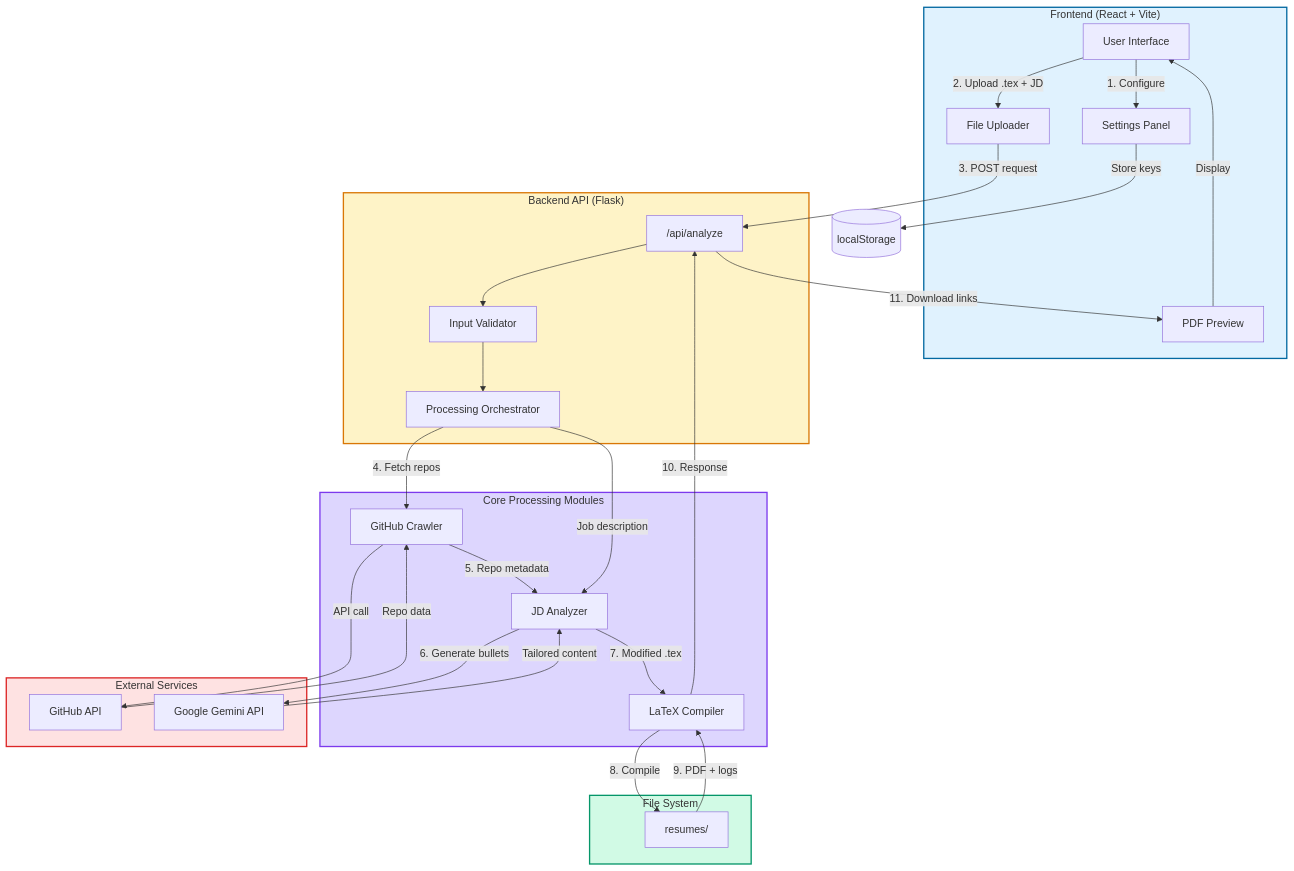
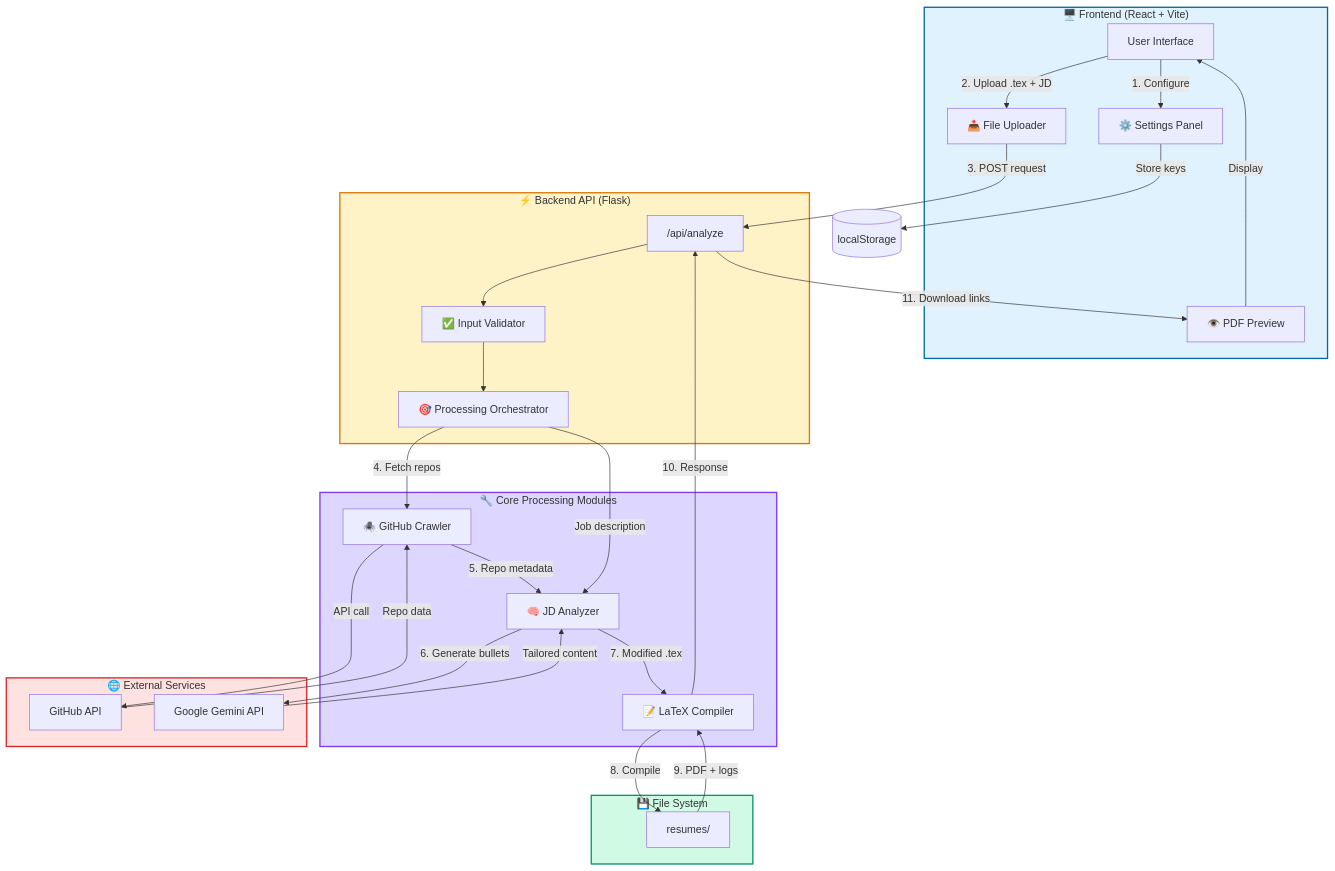
One commit to Im-diablo/Morphr changed the diagram in README.md. Above: the diagram before and after it, drawn with Mermaid. The commit also changed other lines of this file, not shown here.

````diff
--- a/README.md
+++ b/README.md
@@ -53,61 +122,61 @@
 ```mermaid
 flowchart TB
-    subgraph Client["Frontend (React + Vite)"]
+    subgraph Client["🖥️ Frontend (React + Vite)"]
         UI[User Interface]
-        Settings[Settings Panel]
-        Upload[File Uploader]
-        Preview[PDF Preview]
+        Settings[⚙️ Settings Panel]
+        Upload[📤 File Uploader]
+        Preview[👁️ PDF Preview]
     end
 
-    subgraph API["Backend API (Flask)"]
+    subgraph API["⚡ Backend API (Flask)"]
         Endpoint["/api/analyze"]
-        Validator[Input Validator]
-        Orchestrator[Processing Orchestrator]
+        Validator[✅ Input Validator]
+        Orchestrator[🎯 Processing Orchestrator]
     end
 
-    subgraph Processing["Core Processing Modules"]
-        Crawler[GitHub Crawler]
-        Analyzer[JD Analyzer]
-        Compiler[LaTeX Compiler]
+    subgraph Processing["🔧 Core Processing Modules"]
+        Crawler[🕷️ GitHub Crawler]
+        Analyzer[🧠 JD Analyzer]
+        Compiler[📝 LaTeX Compiler]
     end
 
-    subgraph External["External Services"]
+    subgraph External["🌐 External Services"]
         GH[GitHub API]
         Gemini[Google Gemini API]
     end
 
-    subgraph Storage["File System"]
+    subgraph Storage["💾 File System"]
         Output[resumes/]
     end
 
     UI -->|1. Configure| Settings
     Settings -->|Store keys| LocalStorage[(localStorage)]
     UI -->|2. Upload .tex + JD| Upload
     Upload -->|3. POST request| Endpoint
     
     Endpoint --> Validator
     Validator --> Orchestrator
     
     Orchestrator -->|4. Fetch repos| Crawler
     Crawler -->|API call| GH
     GH -->|Repo data| Crawler
     
     Crawler -->|5. Repo metadata| Analyzer
     Orchestrator -->|Job description| Analyzer
     Analyzer -->|6. Generate bullets| Gemini
     Gemini -->|Tailored content| Analyzer
     
     Analyzer -->|7. Modified .tex| Compiler
     Compiler -->|8. Compile| Output
     Output -->|9. PDF + logs| Compiler
     
     Compiler -->|10. Response| Endpoint
     Endpoint -->|11. Download links| Preview
     Preview -->|Display| UI
 
     style Client fill:#e0f2fe,stroke:#0369a1,stroke-width:2px
     style API fill:#fef3c7,stroke:#d97706,stroke-width:2px
     style Processing fill:#ddd6fe,stroke:#7c3aed,stroke-width:2px
     style External fill:#fee2e2,stroke:#dc2626,stroke-width:2px
     style Storage fill:#d1fae5,stroke:#059669,stroke-width:2px
 ```
````
